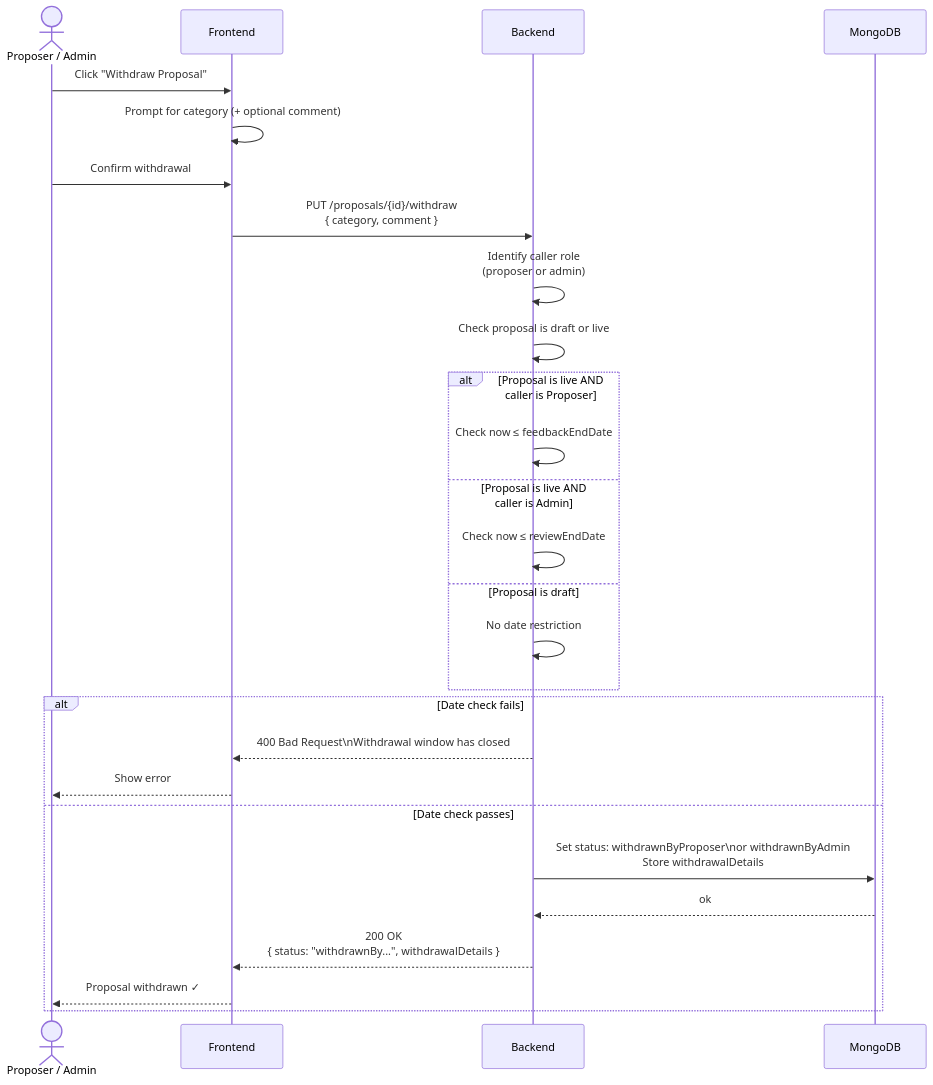
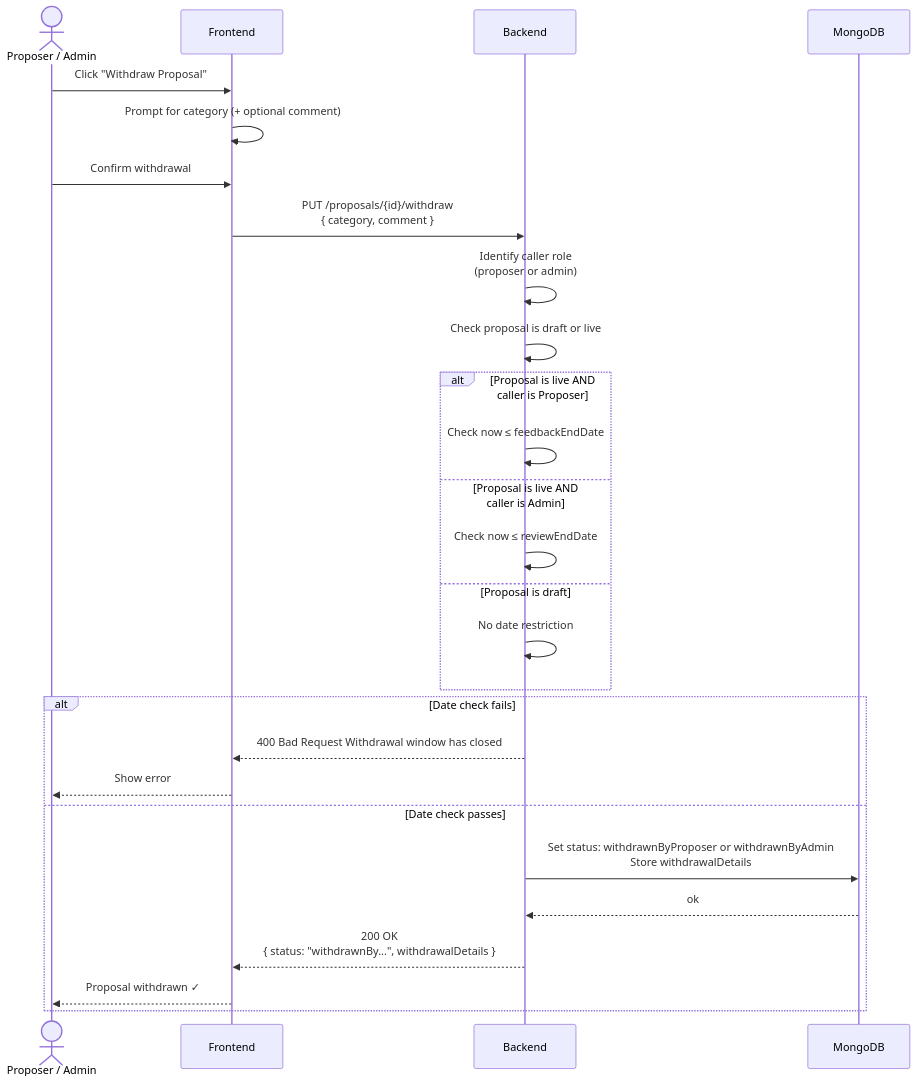
One commit to lerna-labs/ekklesia-proposal-module changed the seventh of 8 diagrams in docs/proposal-flow.md. Above: the diagram before and after it, drawn with Mermaid. The commit also changed other lines of this file, not shown here.

Commit message:
GitHub is not rendering line breaks in Mermaid diagrams, updating to remove them.

````diff
--- a/docs/proposal-flow.md
+++ b/docs/proposal-flow.md
@@ -254,33 +254,33 @@
 ```mermaid
 sequenceDiagram
     actor User as Proposer / Admin
     participant Frontend
     participant Backend
     participant MongoDB
 
     User->>Frontend: Click "Withdraw Proposal"
     Frontend->>Frontend: Prompt for category (+ optional comment)
     User->>Frontend: Confirm withdrawal
     Frontend->>Backend: PUT /proposals/{id}/withdraw<br/>{ category, comment }
 
     Backend->>Backend: Identify caller role<br/>(proposer or admin)
     Backend->>Backend: Check proposal is draft or live
 
     alt Proposal is live AND caller is Proposer
         Backend->>Backend: Check now ≤ feedbackEndDate
     else Proposal is live AND caller is Admin
         Backend->>Backend: Check now ≤ reviewEndDate
     else Proposal is draft
         Backend->>Backend: No date restriction
     end
 
     alt Date check fails
-        Backend-->>Frontend: 400 Bad Request\nWithdrawal window has closed
+        Backend-->>Frontend: 400 Bad Request Withdrawal window has closed
         Frontend-->>User: Show error
     else Date check passes
-        Backend->>MongoDB: Set status: withdrawnByProposer\nor withdrawnByAdmin<br/>Store withdrawalDetails
+        Backend->>MongoDB: Set status: withdrawnByProposer or withdrawnByAdmin<br/>Store withdrawalDetails
         MongoDB-->>Backend: ok
         Backend-->>Frontend: 200 OK<br/>{ status: "withdrawnBy...", withdrawalDetails }
         Frontend-->>User: Proposal withdrawn ✓
     end
 ```
````
